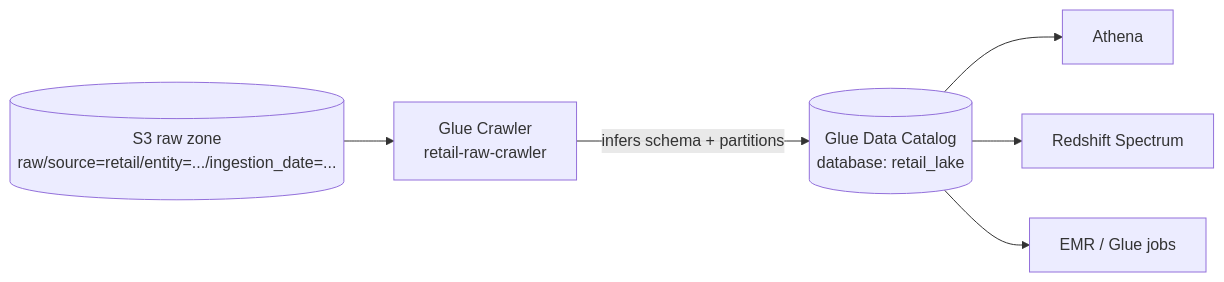
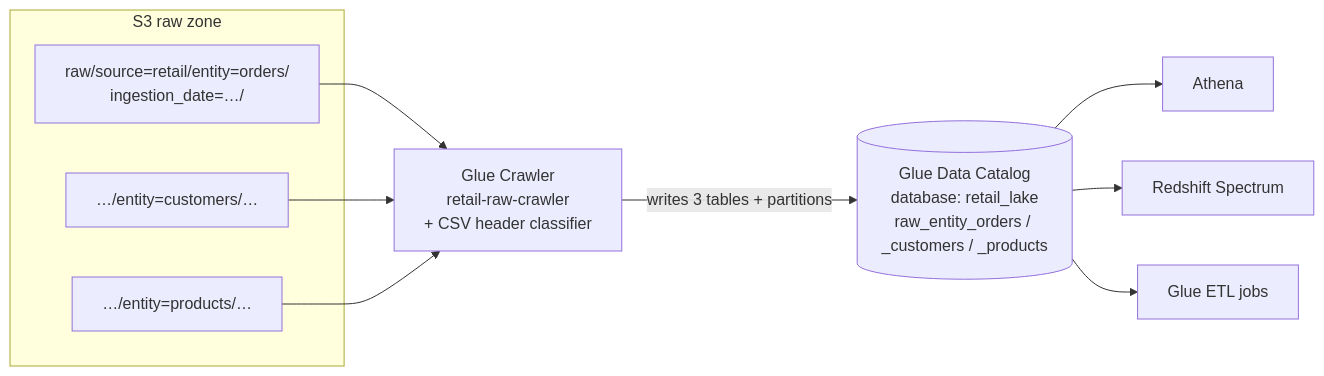
The diagram in labs/lab-02-glue-crawler-catalog/README.md (Ishan01official/aws-data-engineering-pipeline), drawn with Mermaid before and after one commit. The commit also changed other lines of this file and 21 other files, not shown here.

First line of the commit message:
Phase 3: Glue Catalog + Lab 02 — code-complete, synth-verified, tested

````diff
--- a/labs/lab-02-glue-crawler-catalog/README.md
+++ b/labs/lab-02-glue-crawler-catalog/README.md
@@ -19,8 +21,13 @@
 ```mermaid
 flowchart LR
-    RAW[("S3 raw zone<br/>raw/source=retail/entity=.../ingestion_date=...")] --> CR[Glue Crawler<br/>retail-raw-crawler]
-    CR -->|infers schema + partitions| DB[(Glue Data Catalog<br/>database: retail_lake)]
+    subgraph RAW["S3 raw zone"]
+        O["raw/source=retail/entity=orders/<br/>ingestion_date=…/"]
+        C["…/entity=customers/…"]
+        P["…/entity=products/…"]
+    end
+    O & C & P --> CR[Glue Crawler<br/>retail-raw-crawler<br/>+ CSV header classifier]
+    CR -->|writes 3 tables + partitions| DB[("Glue Data Catalog<br/>database: retail_lake<br/>raw_entity_orders / _customers / _products")]
     DB --> ATH[Athena]
     DB --> RS[Redshift Spectrum]
-    DB --> EMR[EMR / Glue jobs]
+    DB --> GJ[Glue ETL jobs]
 ```
````
